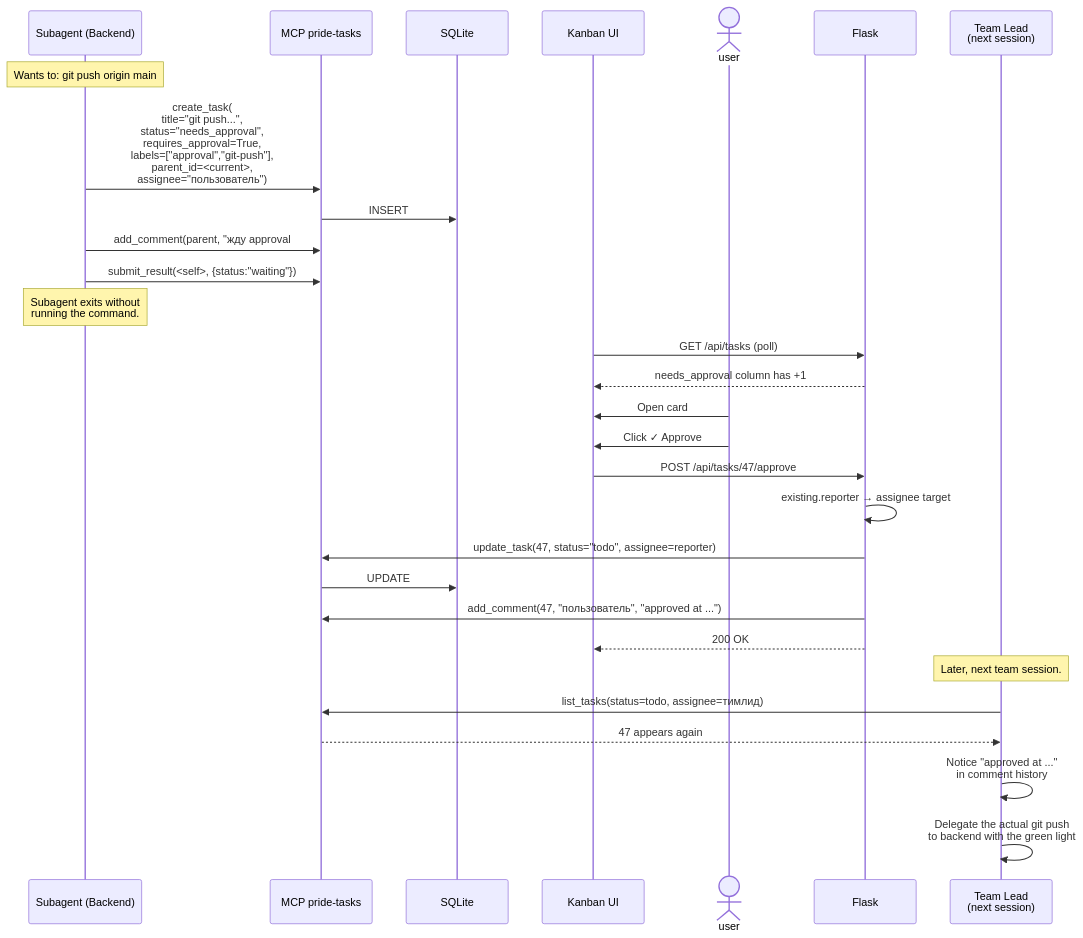
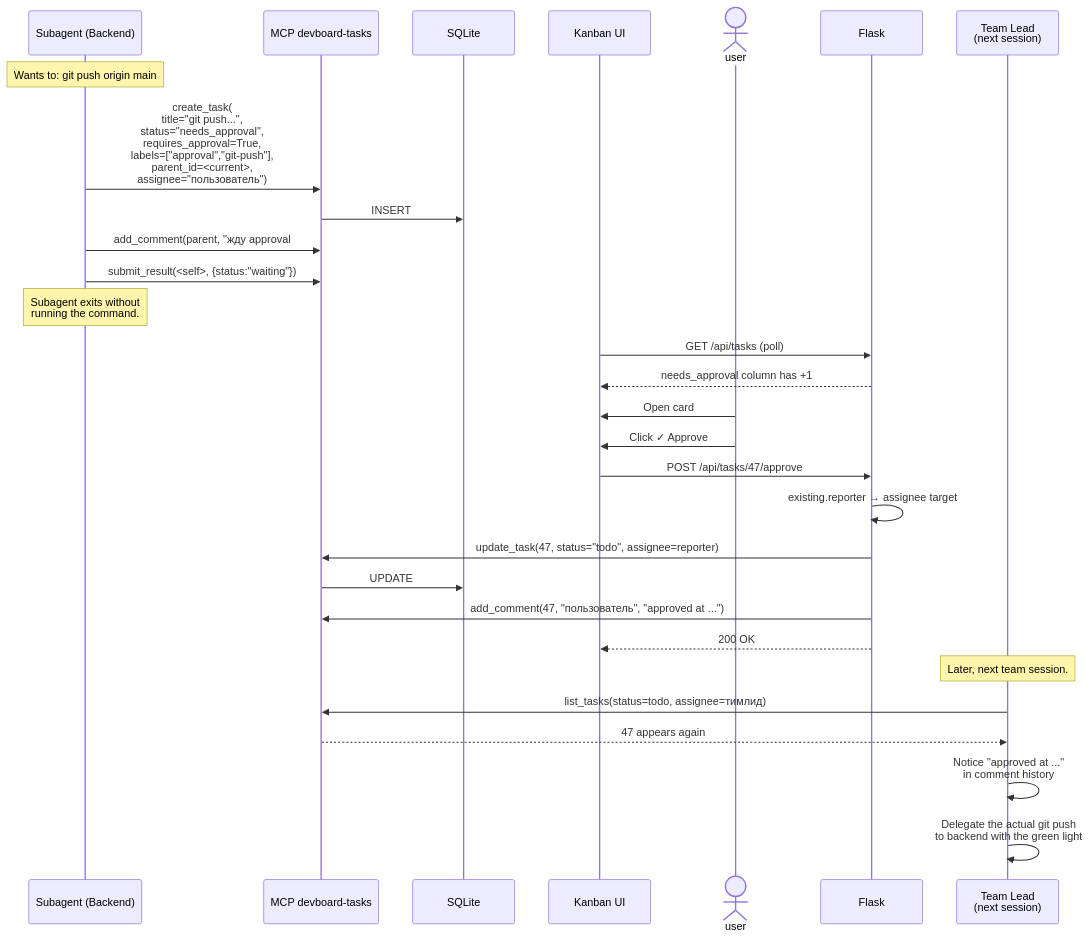
The fourth of 5 diagrams in ARCHITECTURE.md (rdm9x/devboard), drawn with Mermaid before and after one commit. The commit also changed other lines of this file and 27 other files, not shown here.

First line of the commit message:
refactor: rename MCP server pride-tasks to devboard-tasks

````diff
--- a/ARCHITECTURE.md
+++ b/ARCHITECTURE.md
@@ -335,35 +335,35 @@
 ```mermaid
 sequenceDiagram
     participant S as Subagent (Backend)
-    participant M as MCP pride-tasks
+    participant M as MCP devboard-tasks
     participant DB as SQLite
     participant UI as Kanban UI
     actor U as user
     participant F as Flask
     participant L as Team Lead<br/>(next session)
 
     Note over S: Wants to: git push origin main
     S->>M: create_task(<br/>  title="git push...",<br/>  status="needs_approval",<br/>  requires_approval=True,<br/>  labels=["approval","git-push"],<br/>  parent_id=<current>,<br/>  assignee="пользователь")
     M->>DB: INSERT
     S->>M: add_comment(parent, "жду approval #47")
     S->>M: submit_result(<self>, {status:"waiting"})
     Note over S: Subagent exits without<br/>running the command.
 
     UI->>F: GET /api/tasks (poll)
     F-->>UI: needs_approval column has +1
     U->>UI: Open card #47
     U->>UI: Click ✓ Approve
 
     UI->>F: POST /api/tasks/47/approve
     F->>F: existing.reporter → assignee target
     F->>M: update_task(47, status="todo", assignee=reporter)
     M->>DB: UPDATE
     F->>M: add_comment(47, "пользователь", "approved at ...")
     F-->>UI: 200 OK
 
     Note over L: Later, next team session.
     L->>M: list_tasks(status=todo, assignee=тимлид)
     M-->>L: 47 appears again
     L->>L: Notice "approved at ..."<br/>in comment history
     L->>L: Delegate the actual git push<br/>to backend with the green light
 ```
````
